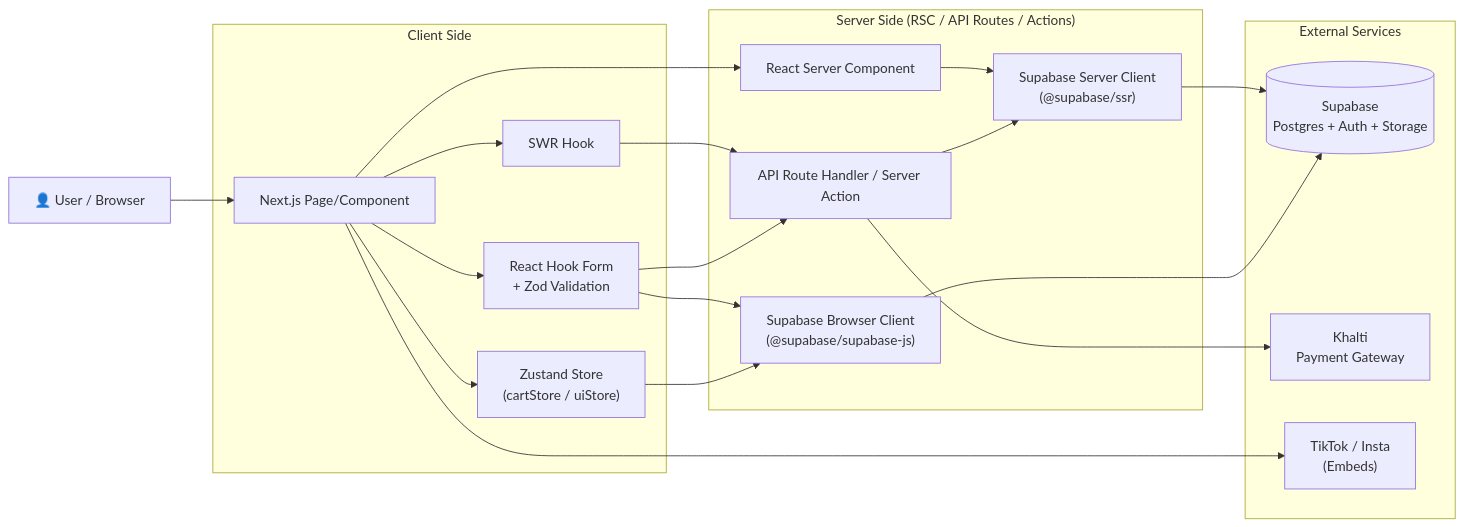
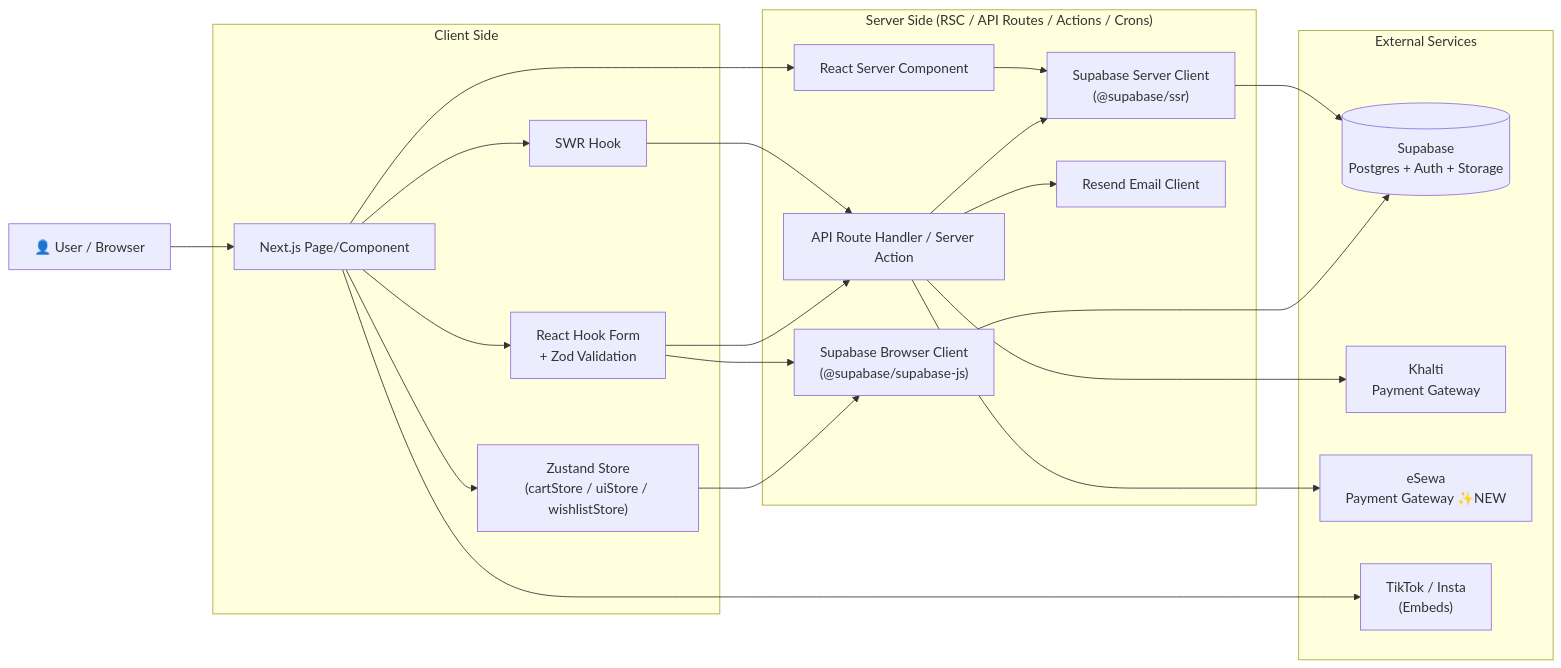
The fourth of 5 diagrams in dependency_graph.md (noorkth2/thediecastcornernepal), drawn with Mermaid before and after one commit. The commit also changed other lines of this file and 19 other files, not shown here.

````diff
--- a/dependency_graph.md
+++ b/dependency_graph.md
@@ -317,40 +423,44 @@
 ```mermaid
 flowchart LR
   USER["👤 User / Browser"]
 
   subgraph Client ["Client Side"]
     PAGE["Next.js Page/Component"]
     SWR_HOOK["SWR Hook"]
-    ZUSTAND["Zustand Store<br/>(cartStore / uiStore)"]
+    ZUSTAND["Zustand Store<br/>(cartStore / uiStore / wishlistStore)"]
     RHF["React Hook Form<br/>+ Zod Validation"]
   end
 
-  subgraph Server ["Server Side (RSC / API Routes / Actions)"]
+  subgraph Server ["Server Side (RSC / API Routes / Actions / Crons)"]
     RSC["React Server Component"]
     API_RT["API Route Handler / Server Action"]
     SB_SRV["Supabase Server Client<br/>(@supabase/ssr)"]
     SB_CLI["Supabase Browser Client<br/>(@supabase/supabase-js)"]
+    RESEND["Resend Email Client"]
   end
 
   subgraph External ["External Services"]
     SUPABASE[("Supabase<br/>Postgres + Auth + Storage")]
     KHALTI["Khalti<br/>Payment Gateway"]
+    ESEWA["eSewa<br/>Payment Gateway ✨NEW"]
     TIKTOK["TikTok / Insta<br/>(Embeds)"]
   end
 
   USER --> PAGE
   PAGE --> SWR_HOOK
   SWR_HOOK --> API_RT
   PAGE --> RSC
   RSC --> SB_SRV
   API_RT --> SB_SRV
   API_RT --> KHALTI
+  API_RT --> ESEWA
+  API_RT --> RESEND
   SB_SRV --> SUPABASE
   SB_CLI --> SUPABASE
   PAGE --> ZUSTAND
   PAGE --> RHF
   RHF --> API_RT
   RHF --> SB_CLI
   ZUSTAND --> SB_CLI
   PAGE --> TIKTOK
 ```
````
